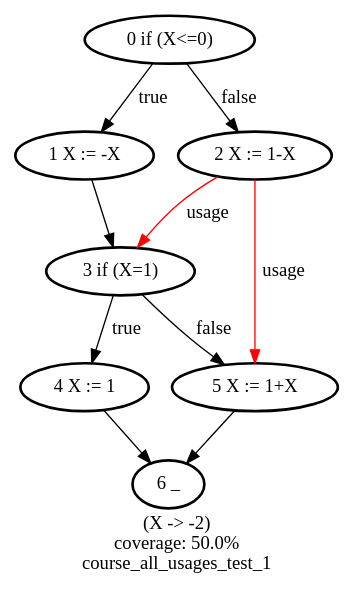
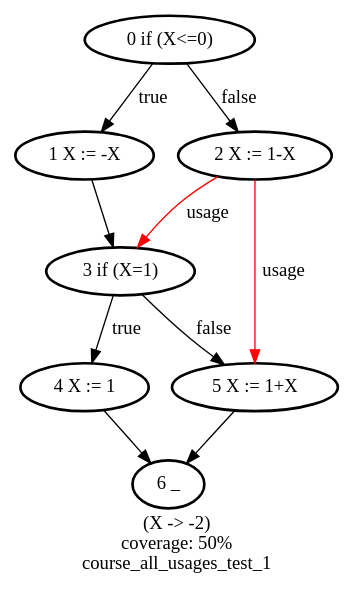
The diagram in graphs/course_all_usages_test_1.dot (ghigi123/ivf), drawn with Graphviz before and after one commit. The commit also changed 30 other files, not shown here.

```diff
--- a/graphs/course_all_usages_test_1.dot
+++ b/graphs/course_all_usages_test_1.dot
@@ -1,21 +1,21 @@
 digraph course_all_usages_test_1 {
 	label = "(X -> -2)
-coverage: 50.0%
+coverage: 50%
 course_all_usages_test_1"
 	"1 X := -X" [style = bold]
 	"2 X := 1-X" -> "5 X := 1+X" [label = usage, color = red]
 	"1 X := -X" -> "3 if (X=1)"
 	"4 X := 1" -> "6 _"
 	"5 X := 1+X" [style = bold]
 	"3 if (X=1)" [style = bold]
 	"4 X := 1" [style = bold]
 	"6 _" [style = bold]
 	"2 X := 1-X" [style = bold]
 	"3 if (X=1)" -> "5 X := 1+X" [label = false]
 	"0 if (X<=0)" -> "1 X := -X" [label = true]
 	"2 X := 1-X" -> "3 if (X=1)" [label = usage, color = red]
 	"5 X := 1+X" -> "6 _"
 	"0 if (X<=0)" [style = bold]
 	"0 if (X<=0)" -> "2 X := 1-X" [label = false]
 	"3 if (X=1)" -> "4 X := 1" [label = true]
 }
```
